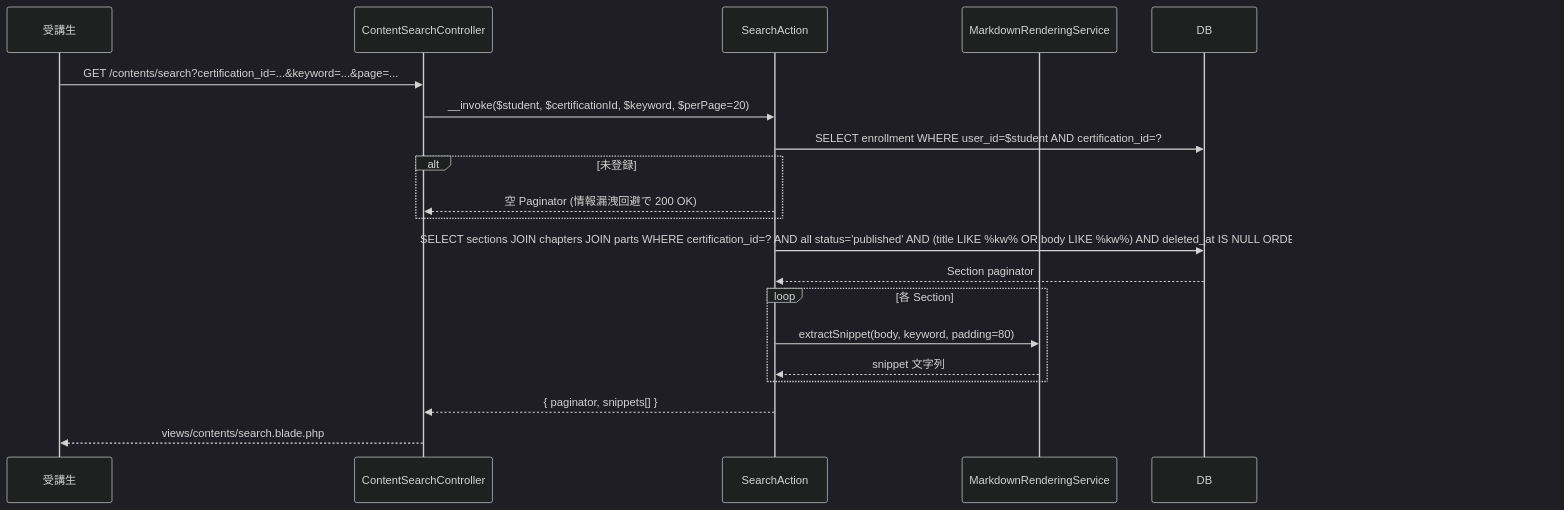
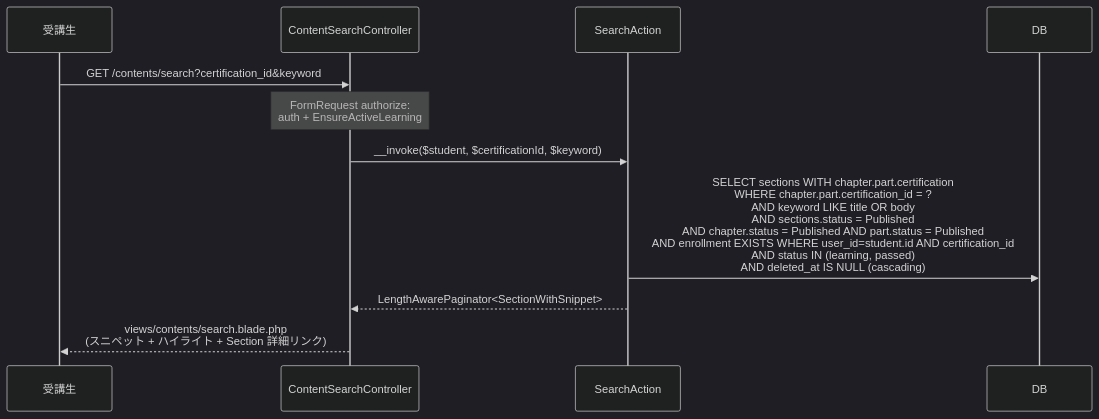
The seventh of 9 diagrams in docs/specs/content-management/design.md (coachtech-mockcase-second/ExampleAnswer-mockcase-CertifyLMS), drawn with Mermaid (dark theme) before and after one commit. The commit also changed other lines of this file and 67 other files, not shown here.

````diff
--- a/docs/specs/content-management/design.md
+++ b/docs/specs/content-management/design.md
@@ -183,23 +175,14 @@
 ```mermaid
 sequenceDiagram
     participant Student as 受講生
     participant CSC as ContentSearchController
-    participant Act as SearchAction
-    participant MRS as MarkdownRenderingService
+    participant SA as SearchAction
     participant DB as DB
 
-    Student->>CSC: GET /contents/search?certification_id=...&keyword=...&page=...
-    CSC->>Act: __invoke($student, $certificationId, $keyword, $perPage=20)
-    Act->>DB: SELECT enrollment WHERE user_id=$student AND certification_id=?
-    alt 未登録
-        Act-->>CSC: 空 Paginator (情報漏洩回避で 200 OK)
-    end
-    Act->>DB: SELECT sections JOIN chapters JOIN parts WHERE certification_id=? AND all status='published' AND (title LIKE %kw% OR body LIKE %kw%) AND deleted_at IS NULL ORDER BY part.order chapter.order section.order LIMIT 20
-    DB-->>Act: Section paginator
-    loop 各 Section
-        Act->>MRS: extractSnippet(body, keyword, padding=80)
-        MRS-->>Act: snippet 文字列
-    end
-    Act-->>CSC: { paginator, snippets[] }
-    CSC-->>Student: views/contents/search.blade.php
+    Student->>CSC: GET /contents/search?certification_id&keyword
+    Note over CSC: FormRequest authorize:<br/>auth + EnsureActiveLearning
+    CSC->>SA: __invoke($student, $certificationId, $keyword)
+    SA->>DB: SELECT sections WITH chapter.part.certification<br/>WHERE chapter.part.certification_id = ?<br/>AND keyword LIKE title OR body<br/>AND sections.status = Published<br/>AND chapter.status = Published AND part.status = Published<br/>AND enrollment EXISTS WHERE user_id=student.id AND certification_id<br/>AND status IN (learning, passed)<br/>AND deleted_at IS NULL (cascading)
+    SA-->>CSC: LengthAwarePaginator<SectionWithSnippet>
+    CSC-->>Student: views/contents/search.blade.php<br/>(スニペット + ハイライト + Section 詳細リンク)
 ```
````
